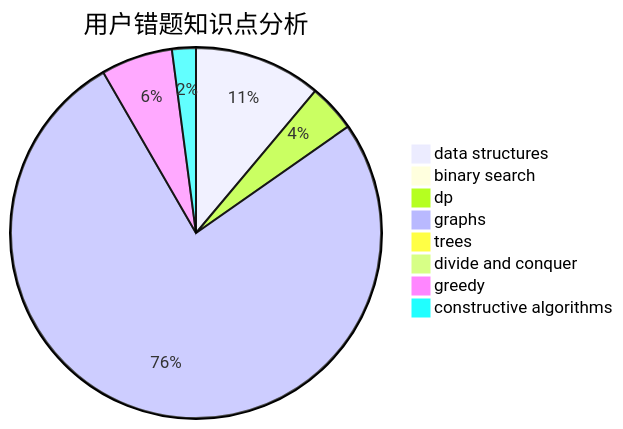
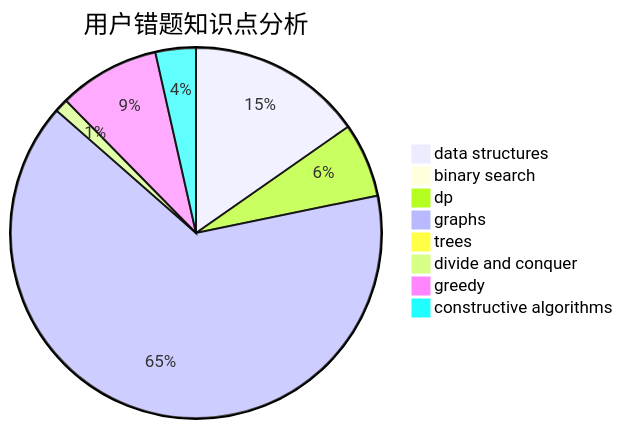
The third of 3 diagrams in docs/user/u66.md (sherpahu/cfrs.github.io), drawn with Mermaid before and after one commit. The commit also changed other lines of this file and 2770 other files, not shown here.

````diff
--- a/docs/user/u66.md
+++ b/docs/user/u66.md
@@ -36,11 +36,11 @@
 ```mermaid
 pie title 用户错题知识点分析
-    "data structures" :  16
+    "data structures" :  26
     "binary search" :  0
-    "dp" :  6
+    "dp" :  11
     "graphs" :  110
     "trees" :  0
-    "divide and conquer" :  0
-    "greedy" :  9
-    "constructive algorithms" :  3
+    "divide and conquer" :  2
+    "greedy" :  15
+    "constructive algorithms" :  6
 ```
````
